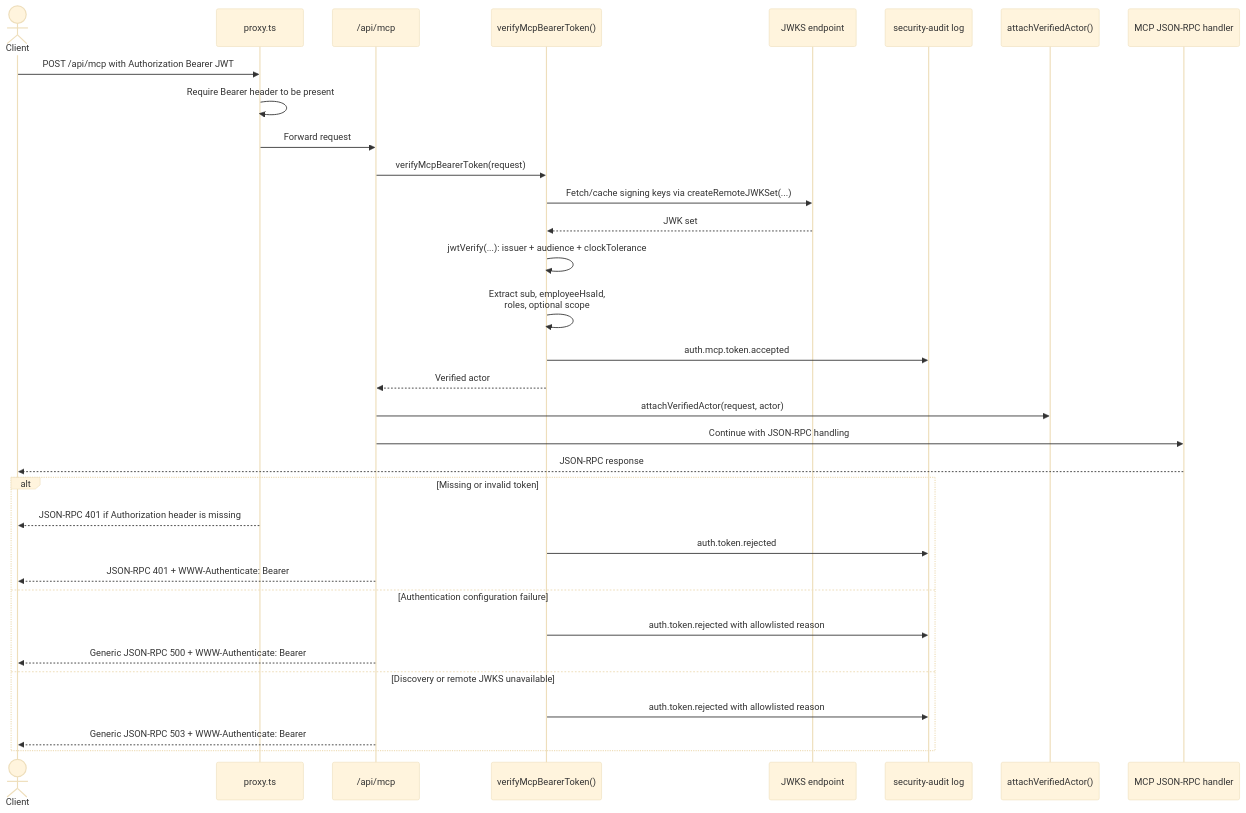
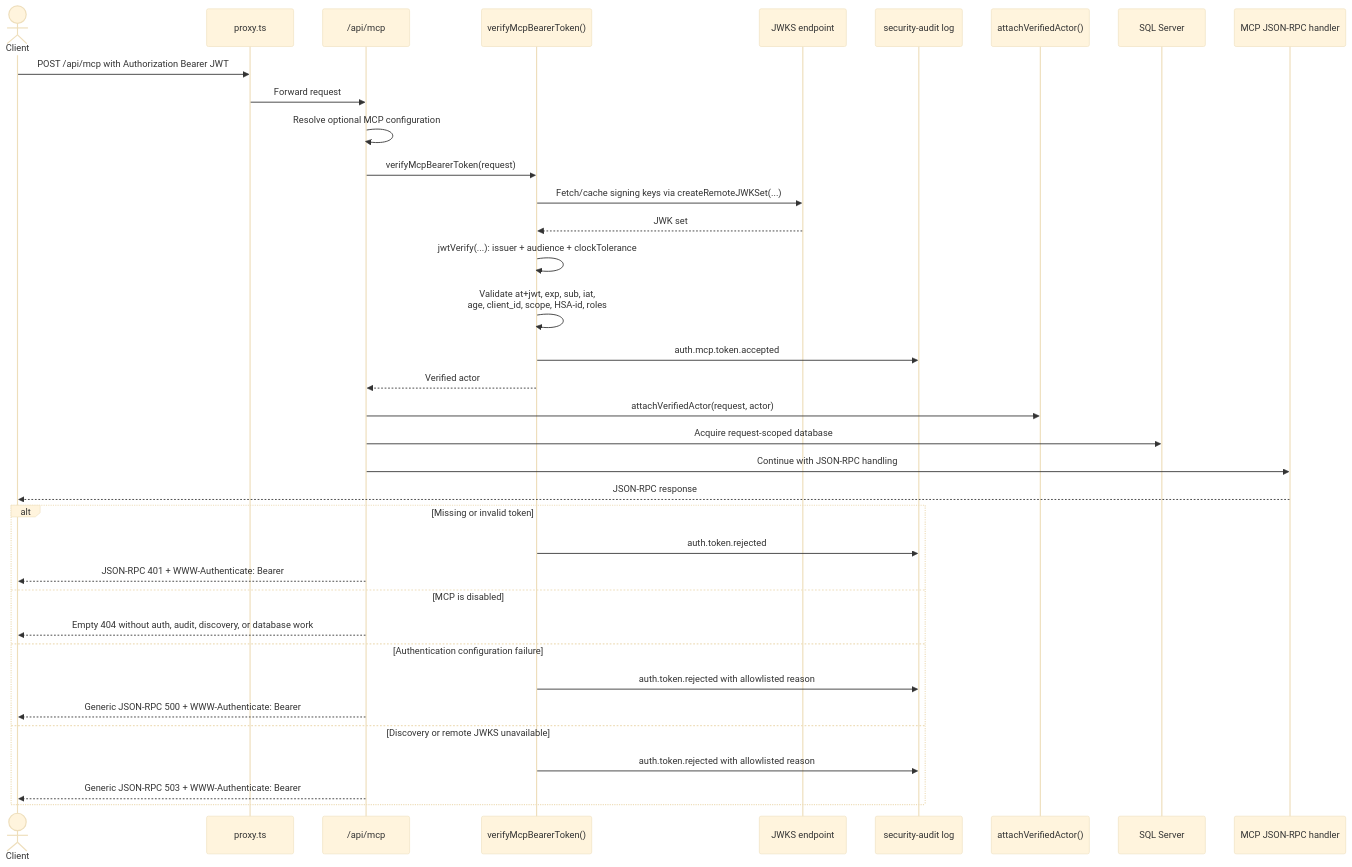
One commit to viscalyx/Kravhantering changed the second of 2 diagrams in docs/security-privacy/auth-how-it-works.md. Above: the diagram before and after it, drawn with Mermaid (base theme). The commit also changed other lines of this file and 34 other files, not shown here.

Commit message:
fix: bind MCP bearer tokens to service client

````diff
--- a/docs/security-privacy/auth-how-it-works.md
+++ b/docs/security-privacy/auth-how-it-works.md
@@ -175,37 +175,40 @@
 ```mermaid
 sequenceDiagram
     actor Client
     participant Proxy as proxy.ts
     participant Route as /api/mcp
     participant Verify as verifyMcpBearerToken()
     participant JWKS as JWKS endpoint
     participant Audit as security-audit log
     participant Attach as attachVerifiedActor()
+    participant DB as SQL Server
     participant Handler as MCP JSON-RPC handler
 
     Client->>Proxy: POST /api/mcp with Authorization Bearer JWT
-    Proxy->>Proxy: Require Bearer header to be present
     Proxy->>Route: Forward request
+    Route->>Route: Resolve optional MCP configuration
     Route->>Verify: verifyMcpBearerToken(request)
     Verify->>JWKS: Fetch/cache signing keys via createRemoteJWKSet(...)
     JWKS-->>Verify: JWK set
     Verify->>Verify: jwtVerify(...): issuer + audience + clockTolerance
-    Verify->>Verify: Extract sub, employeeHsaId,<br/>roles, optional scope
+    Verify->>Verify: Validate at+jwt, exp, sub, iat,<br/>age, client_id, scope, HSA-id, roles
     Verify->>Audit: auth.mcp.token.accepted
     Verify-->>Route: Verified actor
     Route->>Attach: attachVerifiedActor(request, actor)
+    Route->>DB: Acquire request-scoped database
     Route->>Handler: Continue with JSON-RPC handling
     Handler-->>Client: JSON-RPC response
 
     alt Missing or invalid token
-        Proxy-->>Client: JSON-RPC 401 if Authorization header is missing
         Verify->>Audit: auth.token.rejected
         Route-->>Client: JSON-RPC 401 + WWW-Authenticate: Bearer
+    else MCP is disabled
+        Route-->>Client: Empty 404 without auth, audit, discovery, or database work
     else Authentication configuration failure
         Verify->>Audit: auth.token.rejected with allowlisted reason
         Route-->>Client: Generic JSON-RPC 500 + WWW-Authenticate: Bearer
     else Discovery or remote JWKS unavailable
         Verify->>Audit: auth.token.rejected with allowlisted reason
         Route-->>Client: Generic JSON-RPC 503 + WWW-Authenticate: Bearer
     end
 ```
````
